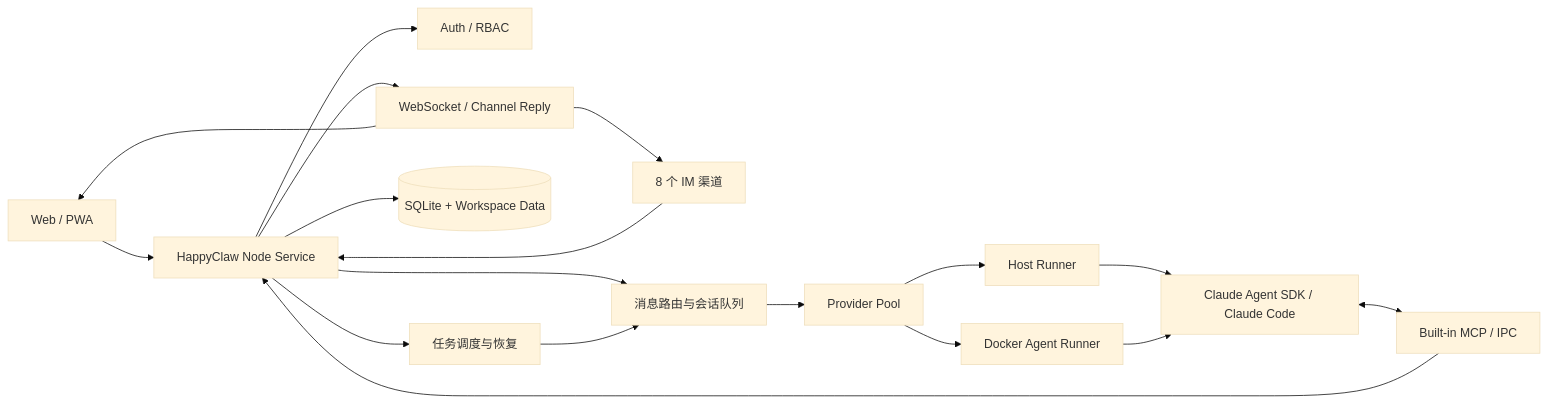
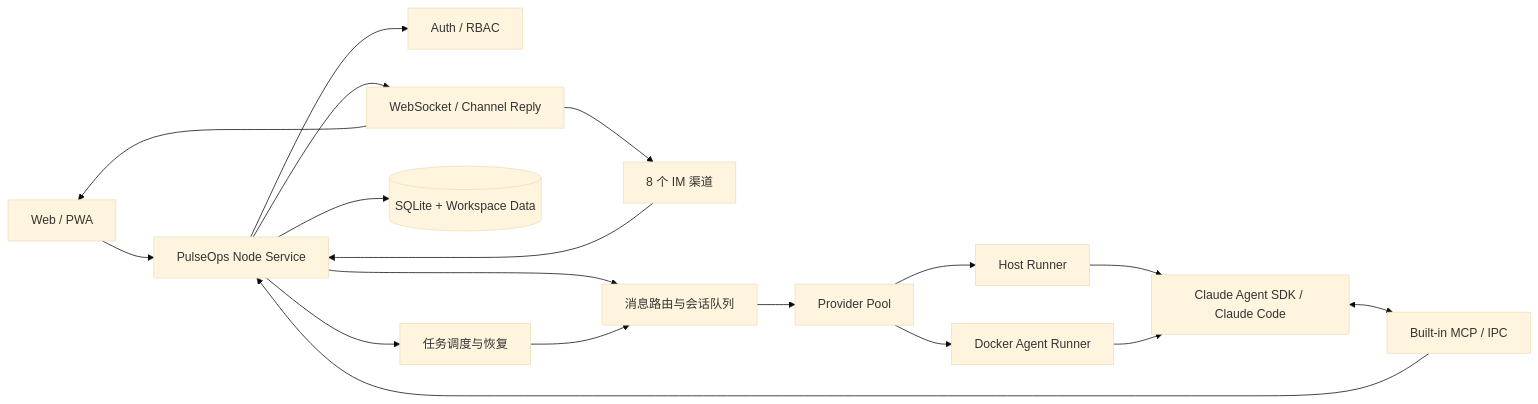
The diagram in README.md (lau0708/happyclaw), drawn with Mermaid (base theme) before and after one commit. The commit also changed other lines of this file and 329 other files, not shown here.

First line of the commit message:
refactor: 品牌更名收尾 —— 全站清除 HappyClaw 显示文案（保留内部标识符与 WhatsApp 指纹）

````diff
--- a/README.md
+++ b/README.md
@@ -420,24 +420,24 @@
 ```mermaid
 flowchart LR
-    Web["Web / PWA"] --> Core["HappyClaw Node Service"]
+    Web["Web / PWA"] --> Core["PulseOps Node Service"]
     IM["8 个 IM 渠道"] --> Core
 
     Core --> Auth["Auth / RBAC"]
     Core --> Router["消息路由与会话队列"]
     Core --> Scheduler["任务调度与恢复"]
     Core --> DB[("SQLite + Workspace Data")]
 
     Router --> Providers["Provider Pool"]
     Scheduler --> Router
     Providers --> Host["Host Runner"]
     Providers --> Container["Docker Agent Runner"]
 
     Host --> SDK["Claude Agent SDK / Claude Code"]
     Container --> SDK
     SDK <--> MCP["Built-in MCP / IPC"]
     MCP --> Core
 
     Core --> Stream["WebSocket / Channel Reply"]
     Stream --> Web
     Stream --> IM
 ```
````
